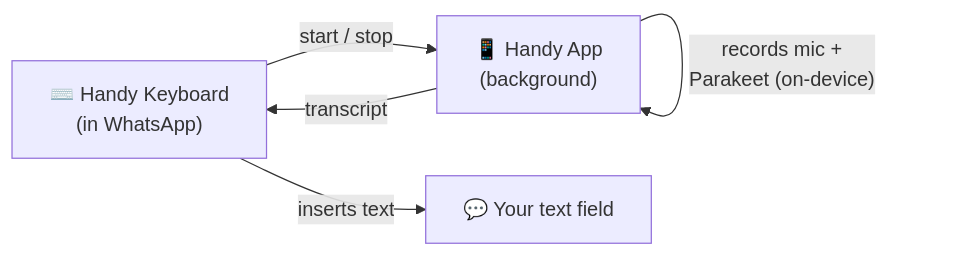
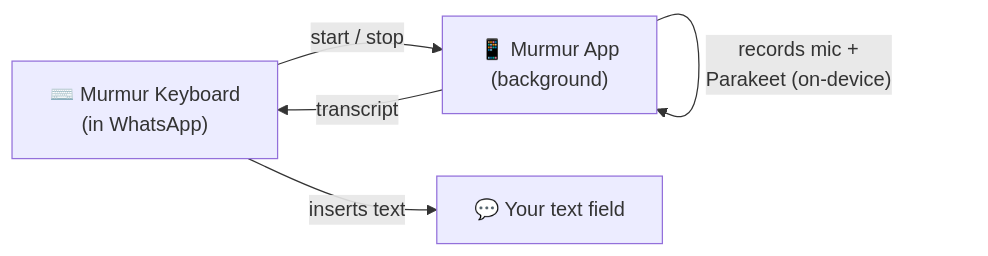
The diagram in README.md (harshuljain13/Murmur), drawn with Mermaid before and after one commit. The commit also changed other lines of this file and 88 other files, not shown here.

First line of the commit message:
refactor: rename Handy → Murmur across app, targets, and assets

````diff
--- a/README.md
+++ b/README.md
@@ -66,7 +66,7 @@
 ```mermaid
 flowchart LR
-    K["⌨️ Handy Keyboard<br/>(in WhatsApp)"] -- "start / stop" --> A
-    A["📱 Handy App<br/>(background)"] -- "records mic +<br/>Parakeet (on-device)" --> A
+    K["⌨️ Murmur Keyboard<br/>(in WhatsApp)"] -- "start / stop" --> A
+    A["📱 Murmur App<br/>(background)"] -- "records mic +<br/>Parakeet (on-device)" --> A
     A -- "transcript" --> K
     K -- "inserts text" --> W["💬 Your text field"]
 ```
````
